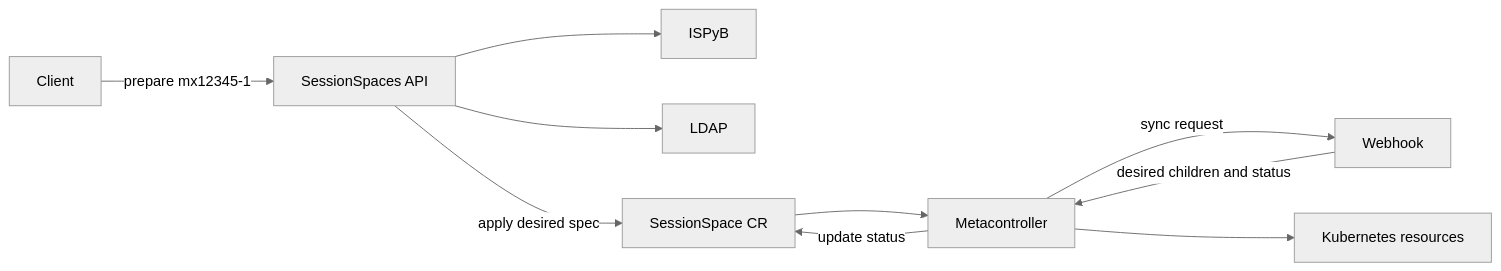
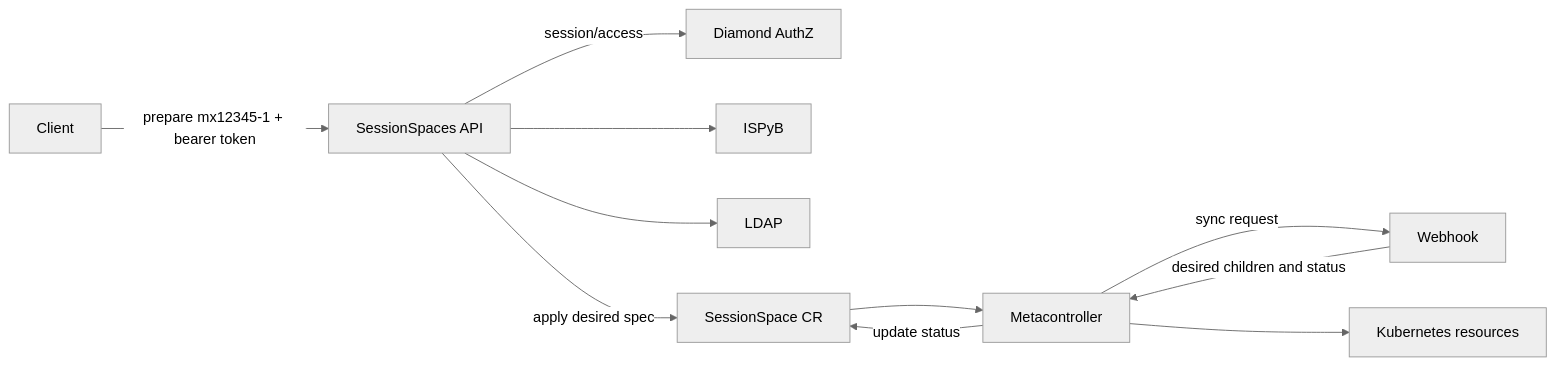
One commit to DiamondLightSource/workflows changed the diagram in backend/sessionspaces-controller/README.md. Above: the diagram before and after it, drawn with Mermaid (neutral theme). The commit also changed other lines of this file, not shown here.

````diff
--- a/backend/sessionspaces-controller/README.md
+++ b/backend/sessionspaces-controller/README.md
@@ -7,12 +7,13 @@
 ```mermaid
 flowchart LR
-    Client -->|prepare mx12345-1| API[SessionSpaces API]
+    Client -->|prepare mx12345-1 + bearer token| API[SessionSpaces API]
+    API -->|session/access| OPA[Diamond AuthZ]
     API --> ISPyB
     API --> LDAP
     API -->|apply desired spec| CR[SessionSpace CR]
     CR --> MC[Metacontroller]
     MC -->|sync request| Webhook
     Webhook -->|desired children and status| MC
     MC --> Resources[Kubernetes resources]
     MC -->|update status| CR
 ```
````
